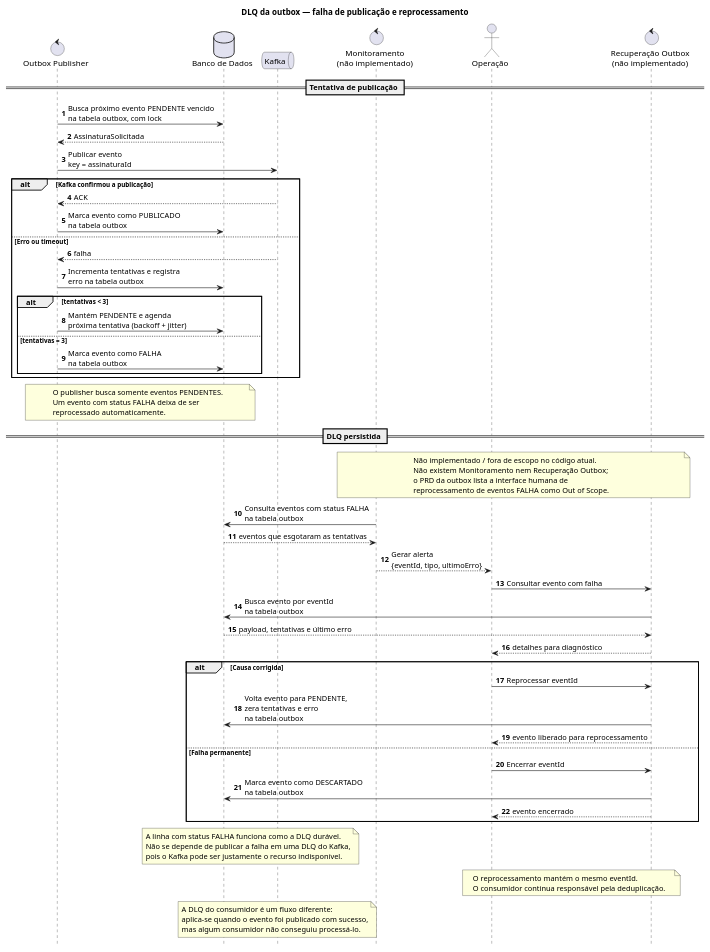
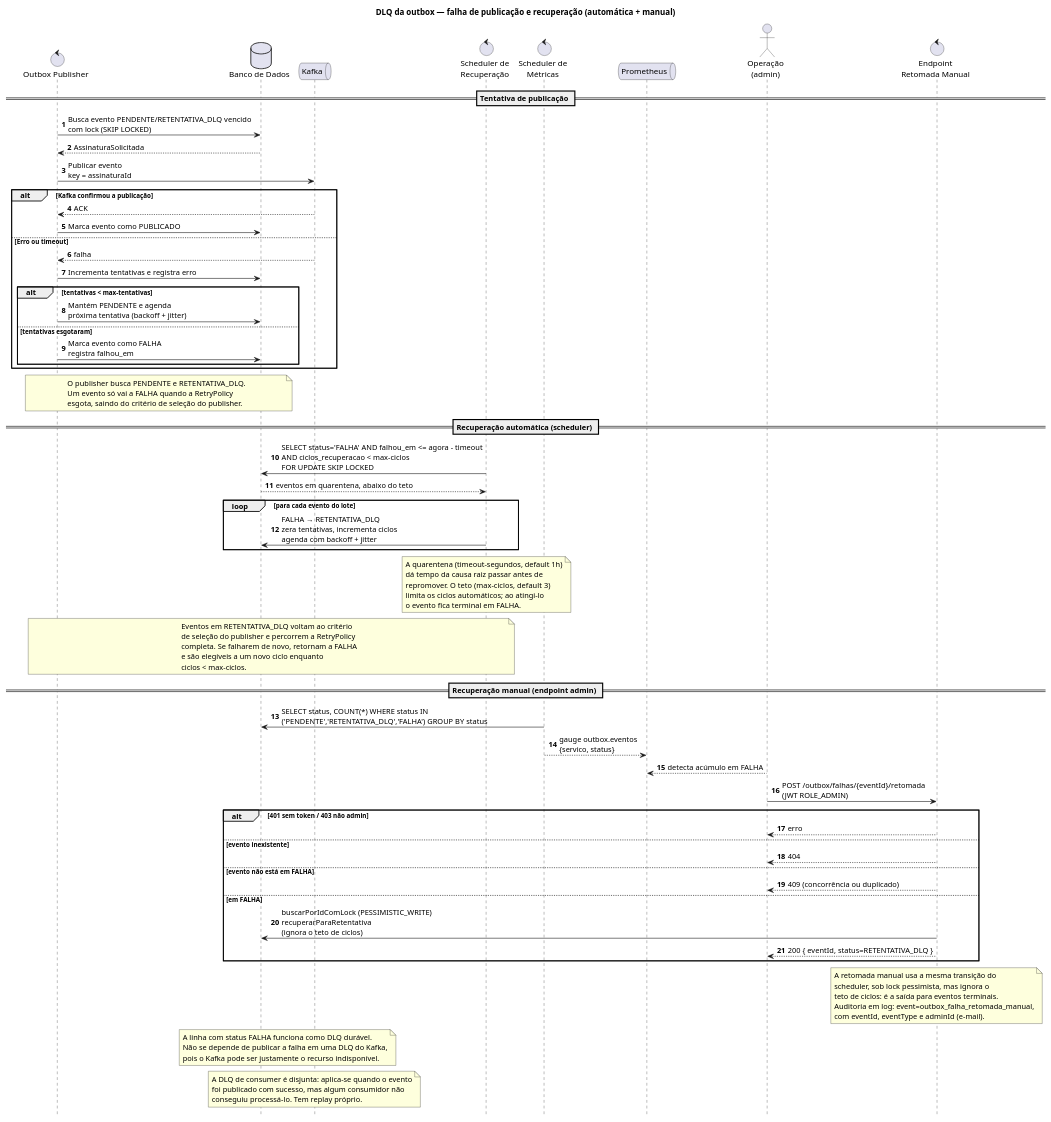
One commit to fabriciosouza21/assinatura changed the diagram in docs/adesao/outbox-dlq-assinatura-solicitada.puml. Above: the diagram before and after it, drawn with PlantUML. The commit also changed 27 other files, not shown here.

Commit message:
docs: adiciona diagramas, prd e collection bruno da entrega consolidada

```diff
--- a/docs/adesao/outbox-dlq-assinatura-solicitada.puml
+++ b/docs/adesao/outbox-dlq-assinatura-solicitada.puml
@@ -1,86 +1,106 @@
 @startuml
-title DLQ da outbox — falha de publicação e reprocessamento
+title DLQ da outbox — falha de publicação e recuperação (automática + manual)
 
 autonumber
 hide footbox
 skinparam responseMessageBelowArrow true
 
 control "Outbox Publisher" as OP
 database "Banco de Dados" as DB
 queue "Kafka" as KAFKA
-control "Monitoramento\n(não implementado)" as MON
-actor "Operação" as OPS
-control "Recuperação Outbox\n(não implementado)" as REC
+control "Scheduler de\nRecuperação" as REC
+control "Scheduler de\nMétricas" as MET
+queue "Prometheus" as PROM
+actor "Operação\n(admin)" as OPS
+control "Endpoint\nRetomada Manual" as EP
 
 == Tentativa de publicação ==
 
-OP -> DB: Busca próximo evento PENDENTE vencido\nna tabela outbox, com lock
+OP -> DB: Busca evento PENDENTE/RETENTATIVA_DLQ vencido\ncom lock (SKIP LOCKED)
 DB --> OP: AssinaturaSolicitada
 OP -> KAFKA: Publicar evento\nkey = assinaturaId
 
 alt Kafka confirmou a publicação
   KAFKA --> OP: ACK
-  OP -> DB: Marca evento como PUBLICADO\nna tabela outbox
+  OP -> DB: Marca evento como PUBLICADO
 else Erro ou timeout
   KAFKA --> OP: falha
-  OP -> DB: Incrementa tentativas e registra\nerro na tabela outbox
+  OP -> DB: Incrementa tentativas e registra erro
 
-  alt tentativas < 3
+  alt tentativas < max-tentativas
     OP -> DB: Mantém PENDENTE e agenda\npróxima tentativa (backoff + jitter)
-  else tentativas = 3
-    OP -> DB: Marca evento como FALHA\nna tabela outbox
+  else tentativas esgotaram
+    OP -> DB: Marca evento como FALHA\nregistra falhou_em
   end
 end
 
 note over OP, DB
-  O publisher busca somente eventos PENDENTES.
-  Um evento com status FALHA deixa de ser
-  reprocessado automaticamente.
+  O publisher busca PENDENTE e RETENTATIVA_DLQ.
+  Um evento só vai a FALHA quando a RetryPolicy
+  esgota, saindo do critério de seleção do publisher.
 end note
 
-== DLQ persistida ==
+== Recuperação automática (scheduler) ==
 
-note over MON, REC
-  Não implementado / fora de escopo no código atual.
-  Não existem Monitoramento nem Recuperação Outbox;
-  o PRD da outbox lista a interface humana de
-  reprocessamento de eventos FALHA como Out of Scope.
+REC -> DB: SELECT status='FALHA' AND falhou_em <= agora - timeout\nAND ciclos_recuperacao < max-ciclos\nFOR UPDATE SKIP LOCKED
+DB --> REC: eventos em quarentena, abaixo do teto
+
+loop para cada evento do lote
+  REC -> DB: FALHA → RETENTATIVA_DLQ\nzera tentativas, incrementa ciclos\nagenda com backoff + jitter
+end
+
+note over REC
+  A quarentena (timeout-segundos, default 1h)
+  dá tempo da causa raiz passar antes de
+  repromover. O teto (max-ciclos, default 3)
+  limita os ciclos automáticos; ao atingi-lo
+  o evento fica terminal em FALHA.
 end note
 
-MON -> DB: Consulta eventos com status FALHA\nna tabela outbox
-DB --> MON: eventos que esgotaram as tentativas
-MON --> OPS: Gerar alerta\n{eventId, tipo, ultimoErro}
+note over OP, REC
+  Eventos em RETENTATIVA_DLQ voltam ao critério
+  de seleção do publisher e percorrem a RetryPolicy
+  completa. Se falharem de novo, retornam a FALHA
+  e são elegíveis a um novo ciclo enquanto
+  ciclos < max-ciclos.
+end note
 
-OPS -> REC: Consultar evento com falha
-REC -> DB: Busca evento por eventId\nna tabela outbox
-DB --> REC: payload, tentativas e último erro
-REC --> OPS: detalhes para diagnóstico
+== Recuperação manual (endpoint admin) ==
 
-alt Causa corrigida
-  OPS -> REC: Reprocessar eventId
-  REC -> DB: Volta evento para PENDENTE,\nzera tentativas e erro\nna tabela outbox
-  REC --> OPS: evento liberado para reprocessamento
-else Falha permanente
-  OPS -> REC: Encerrar eventId
-  REC -> DB: Marca evento como DESCARTADO\nna tabela outbox
-  REC --> OPS: evento encerrado
+MET -> DB: SELECT status, COUNT(*) WHERE status IN\n('PENDENTE','RETENTATIVA_DLQ','FALHA') GROUP BY status
+MET --> PROM: gauge outbox.eventos\n{servico, status}
+OPS --> PROM: detecta acúmulo em FALHA
+
+OPS -> EP: POST /outbox/falhas/{eventId}/retomada\n(JWT ROLE_ADMIN)
+alt 401 sem token / 403 não admin
+  EP --> OPS: erro
+else evento inexistente
+  EP --> OPS: 404
+else evento não está em FALHA
+  EP --> OPS: 409 (concorrência ou duplicado)
+else em FALHA
+  EP -> DB: buscarPorIdComLock (PESSIMISTIC_WRITE)\nrecuperarParaRetentativa\n(ignora o teto de ciclos)
+  EP --> OPS: 200 { eventId, status=RETENTATIVA_DLQ }
 end
 
+note over EP
+  A retomada manual usa a mesma transição do
+  scheduler, sob lock pessimista, mas ignora o
+  teto de ciclos: é a saída para eventos terminais.
+  Auditoria em log: event=outbox_falha_retomada_manual,
+  com eventId, eventType e adminId (e-mail).
+end note
+
 note over DB, KAFKA
-  A linha com status FALHA funciona como a DLQ durável.
+  A linha com status FALHA funciona como DLQ durável.
   Não se depende de publicar a falha em uma DLQ do Kafka,
   pois o Kafka pode ser justamente o recurso indisponível.
 end note
 
-note over OPS, REC
-  O reprocessamento mantém o mesmo eventId.
-  O consumidor continua responsável pela deduplicação.
-end note
-
 note over KAFKA
-  A DLQ do consumidor é um fluxo diferente:
-  aplica-se quando o evento foi publicado com sucesso,
-  mas algum consumidor não conseguiu processá-lo.
+  A DLQ de consumer é disjunta: aplica-se quando o evento
+  foi publicado com sucesso, mas algum consumidor não
+  conseguiu processá-lo. Tem replay próprio.
 end note
 
 @enduml
```
